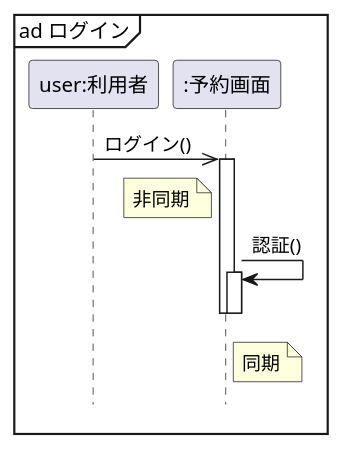
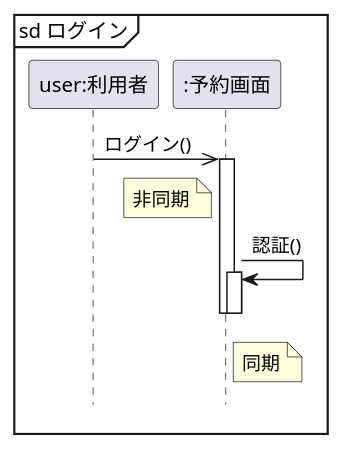
The diagram in 演習４/演習4-2_SD_利用者と予約画面.pu (Kuya0307/unl-introduction), drawn with PlantUML before and after one commit. The commit also changed 2 other files, not shown here.

```diff
--- a/演習４/演習4-2_SD_利用者と予約画面.pu
+++ b/演習４/演習4-2_SD_利用者と予約画面.pu
@@ -1,15 +1,15 @@
 @startuml
 hide footbox
 participant "user:利用者" as user
 participant ":予約画面" as res
 ' participant ":ログインコントローラ" as con
-mainframe ad ログイン
+mainframe sd ログイン
 user ->> res :ログイン()
 activate res
 note left of res : 非同期
 res -> res:認証()
 note right of res :同期
 activate res
 deactivate res
 deactivate res
 @enduml
```
